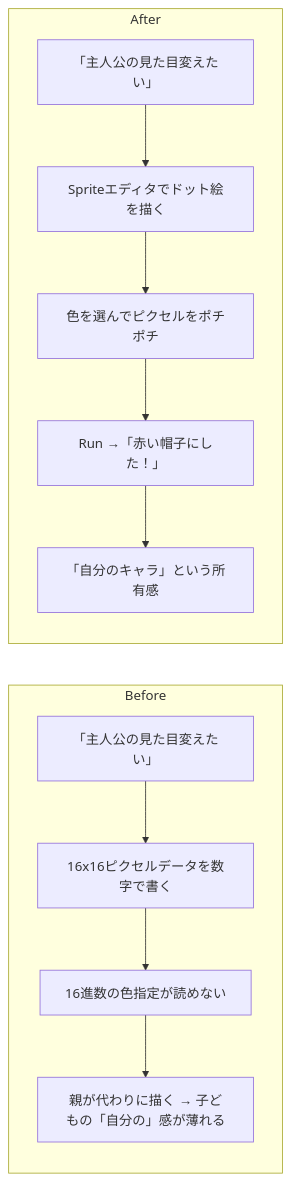
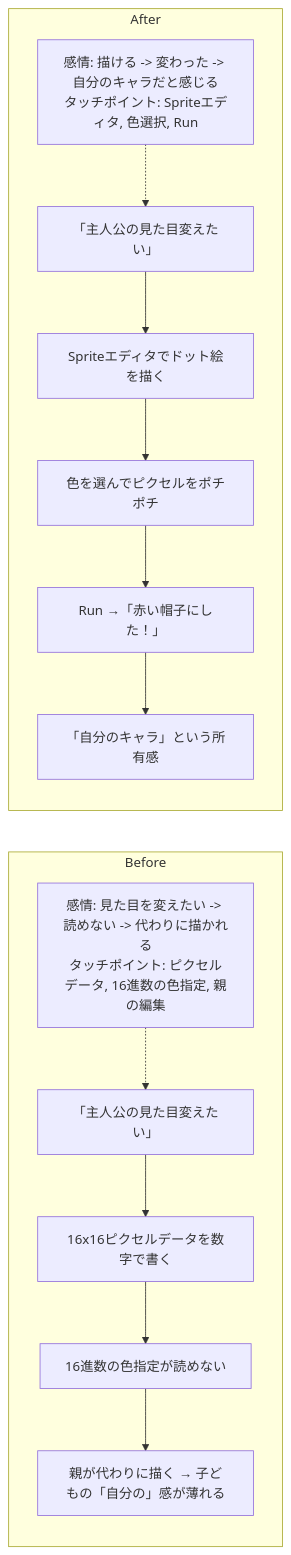
One commit to tatsuro-ueda/code-quest-pyxel changed the eighth of 42 diagrams in docs/product-requirements/customer-journeys.md. Above: the diagram before and after it, drawn with Mermaid. The commit also changed other lines of this file and 23 other files, not shown here.

````diff
--- a/docs/product-requirements/customer-journeys.md
+++ b/docs/product-requirements/customer-journeys.md
@@ -152,14 +182,18 @@
 ```mermaid
 flowchart LR
     subgraph Before["Before"]
+        BM["感情: 見た目を変えたい -> 読めない -> 代わりに描かれる<br/>タッチポイント: ピクセルデータ, 16進数の色指定, 親の編集"]
+        BM -.-> B1
         B1[「主人公の見た目変えたい」] --> B2[16x16ピクセルデータを数字で書く]
         B2 --> B3[16進数の色指定が読めない]
         B3 --> B4[親が代わりに描く → 子どもの「自分の」感が薄れる]
     end
     subgraph After["After"]
+        AM["感情: 描ける -> 変わった -> 自分のキャラだと感じる<br/>タッチポイント: Spriteエディタ, 色選択, Run"]
+        AM -.-> A1
         A1[「主人公の見た目変えたい」] --> A2[Spriteエディタでドット絵を描く]
         A2 --> A3[色を選んでピクセルをポチポチ]
         A3 --> A4[Run →「赤い帽子にした！」]
         A4 --> A5[「自分のキャラ」という所有感]
     end
 ```
````
